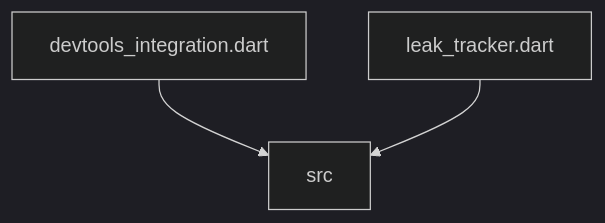
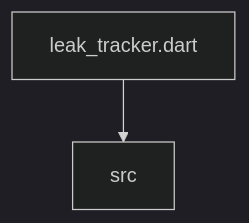
The diagram in pkgs/leak_tracker/lib/DEPENDENCIES.md (dart-lang/leak_tracker), drawn with Mermaid (dark theme) before and after one commit. The commit also changed 17 other files, not shown here.

````diff
--- a/pkgs/leak_tracker/lib/DEPENDENCIES.md
+++ b/pkgs/leak_tracker/lib/DEPENDENCIES.md
@@ -6,5 +6,4 @@
 ```mermaid
 flowchart TD;
-devtools_integration.dart-->src;
 leak_tracker.dart-->src;
 ```
````
